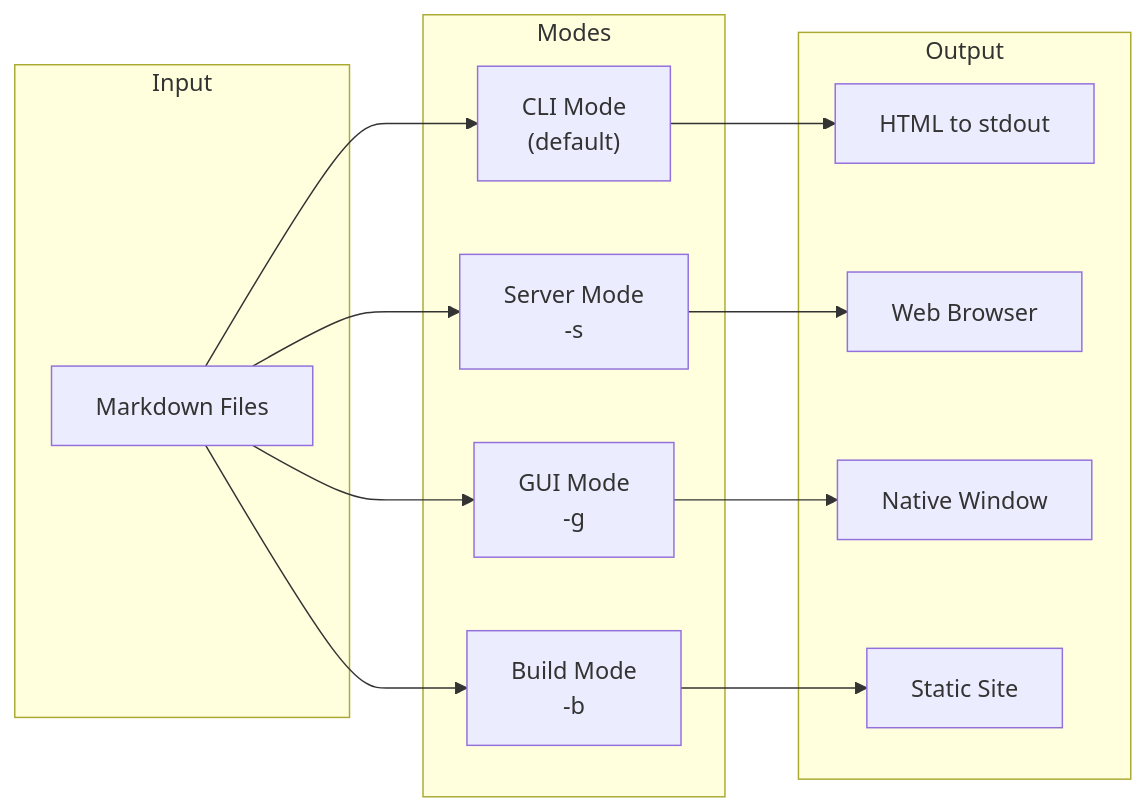
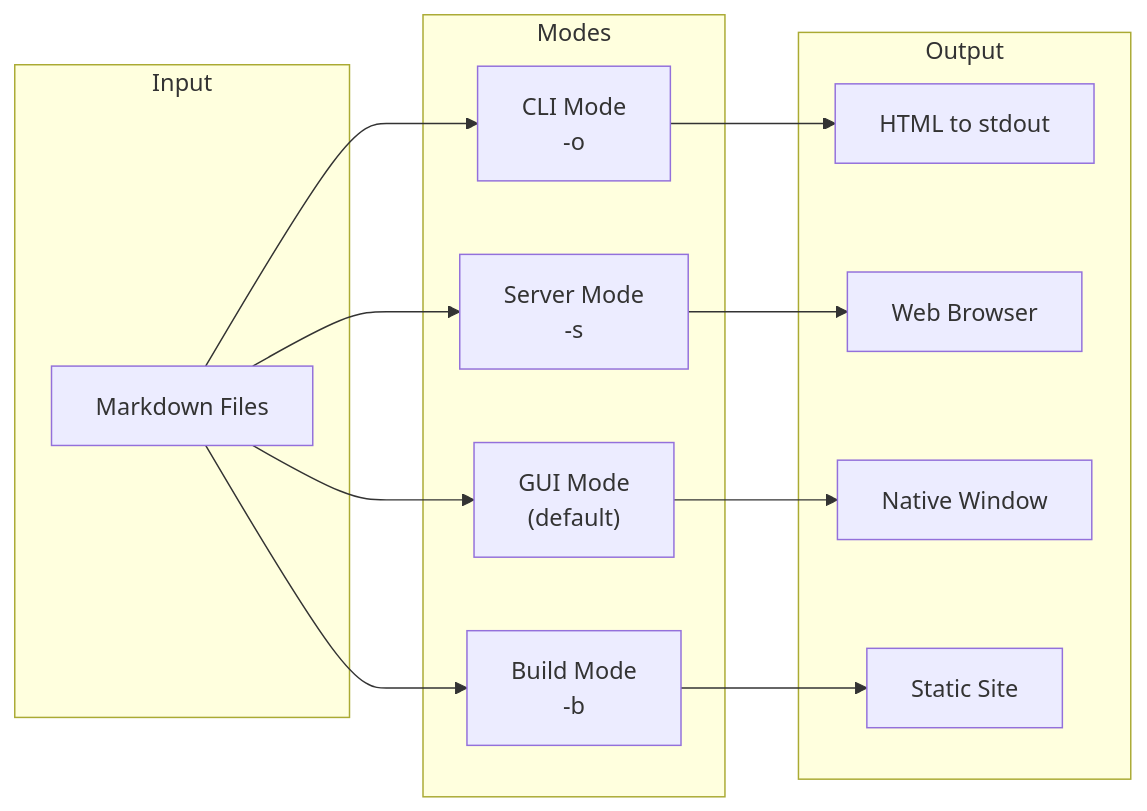
Before and after one commit to zmre/mbr-markdown-browser: the diagram in docs/modes/index.md, drawn with Mermaid. The commit also changed other lines of this file and 26 other files, not shown here.

````diff
--- a/docs/modes/index.md
+++ b/docs/modes/index.md
@@ -13,25 +13,25 @@
 ```mermaid
 flowchart LR
     subgraph Input
         MD[Markdown Files]
     end
 
     subgraph Modes
-        CLI["CLI Mode<br/>(default)"]
+        GUI["GUI Mode<br/>(default)"]
         SRV["Server Mode<br/>-s"]
-        GUI["GUI Mode<br/>-g"]
+        CLI["CLI Mode<br/>-o"]
         BLD["Build Mode<br/>-b"]
     end
 
     subgraph Output
         HTML[HTML to stdout]
         WEB[Web Browser]
         APP[Native Window]
         STATIC[Static Site]
     end
 
+    MD --> GUI --> APP
+    MD --> SRV --> WEB
     MD --> CLI --> HTML
-    MD --> SRV --> WEB
-    MD --> GUI --> APP
     MD --> BLD --> STATIC
 ```
````
